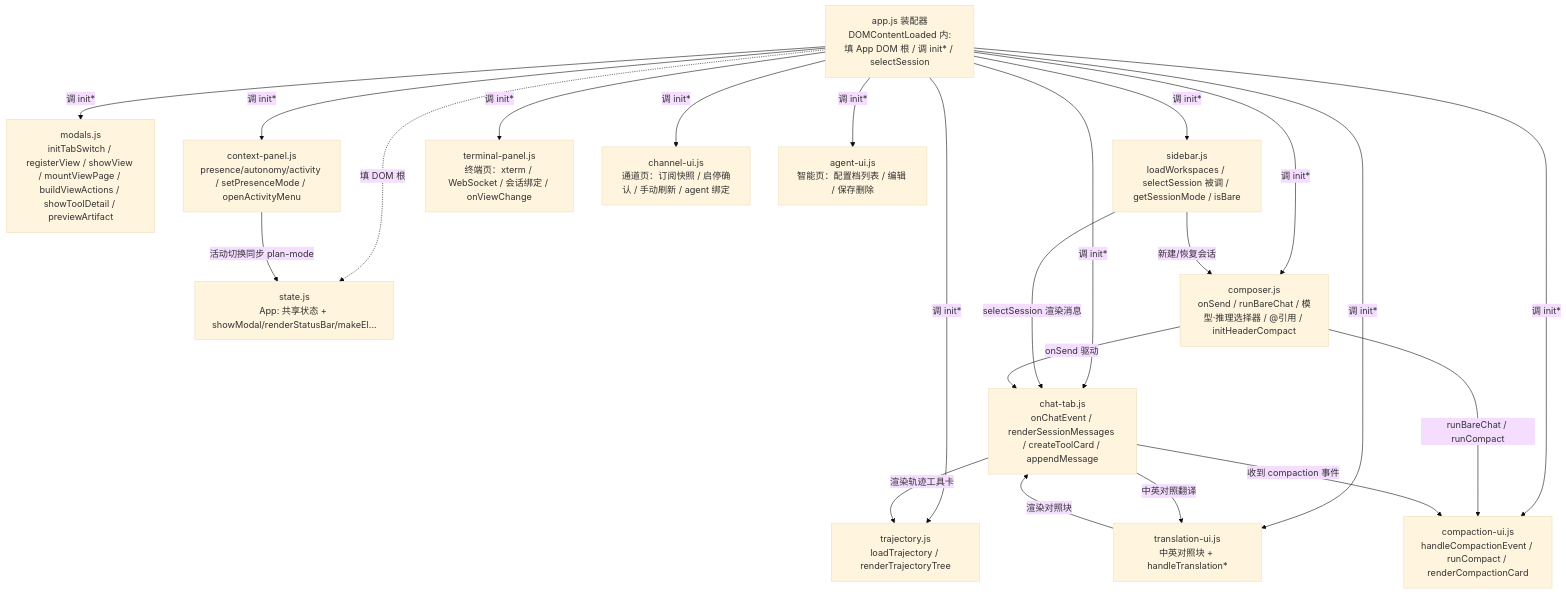
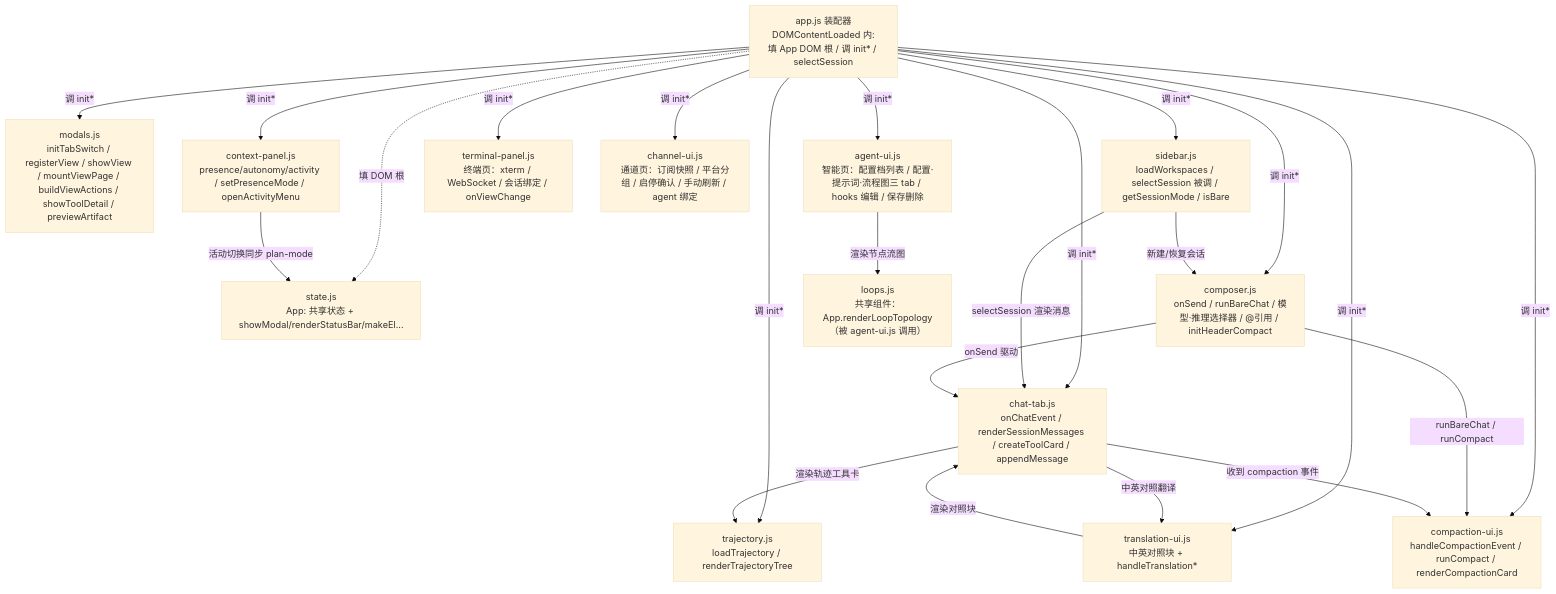
One commit to wingdever/agent changed the second of 2 diagrams in docs/ui/ui.md. Above: the diagram before and after it, drawn with Mermaid (base theme). The commit also changed other lines of this file and 28 other files, not shown here.

````diff
--- a/docs/ui/ui.md
+++ b/docs/ui/ui.md
@@ -1089,40 +1062,43 @@
 ```mermaid
 graph TD
     APP["app.js 装配器<br/>DOMContentLoaded 内:<br/>填 App DOM 根 / 调 init* / selectSession"]
     ST["state.js<br/>App: 共享状态 + showModal/renderStatusBar/makeEl..."]
 
     M["modals.js<br/>initTabSwitch / registerView / showView / mountViewPage / buildViewActions / showToolDetail / previewArtifact"]
     SB["sidebar.js<br/>loadWorkspaces / selectSession 被调 / getSessionMode / isBare"]
     CP["context-panel.js<br/>presence/autonomy/activity / setPresenceMode / openActivityMenu"]
     TR["trajectory.js<br/>loadTrajectory / renderTrajectoryTree"]
     TU["translation-ui.js<br/>中英对照块 + handleTranslation*"]
     CT["chat-tab.js<br/>onChatEvent / renderSessionMessages / createToolCard / appendMessage"]
     CU["compaction-ui.js<br/>handleCompactionEvent / runCompact / renderCompactionCard"]
     CO["composer.js<br/>onSend / runBareChat / 模型·推理选择器 / @引用 / initHeaderCompact"]
     TP["terminal-panel.js<br/>终端页：xterm / WebSocket / 会话绑定 / onViewChange"]
-    CH["channel-ui.js<br/>通道页：订阅快照 / 启停确认 / 手动刷新 / agent 绑定"]
-    AU["agent-ui.js<br/>智能页：配置档列表 / 编辑 / 保存删除"]
+    CH["channel-ui.js<br/>通道页：订阅快照 / 平台分组 / 启停确认 / 手动刷新 / agent 绑定"]
+    AU["agent-ui.js<br/>智能页：配置档列表 / 配置·提示词·流程图三 tab / hooks 编辑 / 保存删除"]
+    LP["loops.js<br/>共享组件：App.renderLoopTopology（被 agent-ui.js 调用）"]
 
     APP -->|调 init*| M
     APP -->|调 init*| SB
     APP -->|调 init*| CP
     APP -->|调 init*| TR
     APP -->|调 init*| TU
     APP -->|调 init*| CT
     APP -->|调 init*| CU
     APP -->|调 init*| CO
     APP -->|调 init*| TP
     APP -->|调 init*| CH
     APP -->|调 init*| AU
     APP -.填 DOM 根.-> ST
 
+    AU -->|渲染节点流图| LP
+
     SB -->|selectSession 渲染消息| CT
     SB -->|新建/恢复会话| CO
     CO -->|onSend 驱动| CT
     CO -->|runBareChat / runCompact| CU
     CT -->|收到 compaction 事件| CU
     CT -->|渲染轨迹工具卡| TR
     CT -->|中英对照翻译| TU
     CP -->|活动切换同步 plan-mode| ST
     TU -->|渲染对照块| CT
 ```
````
